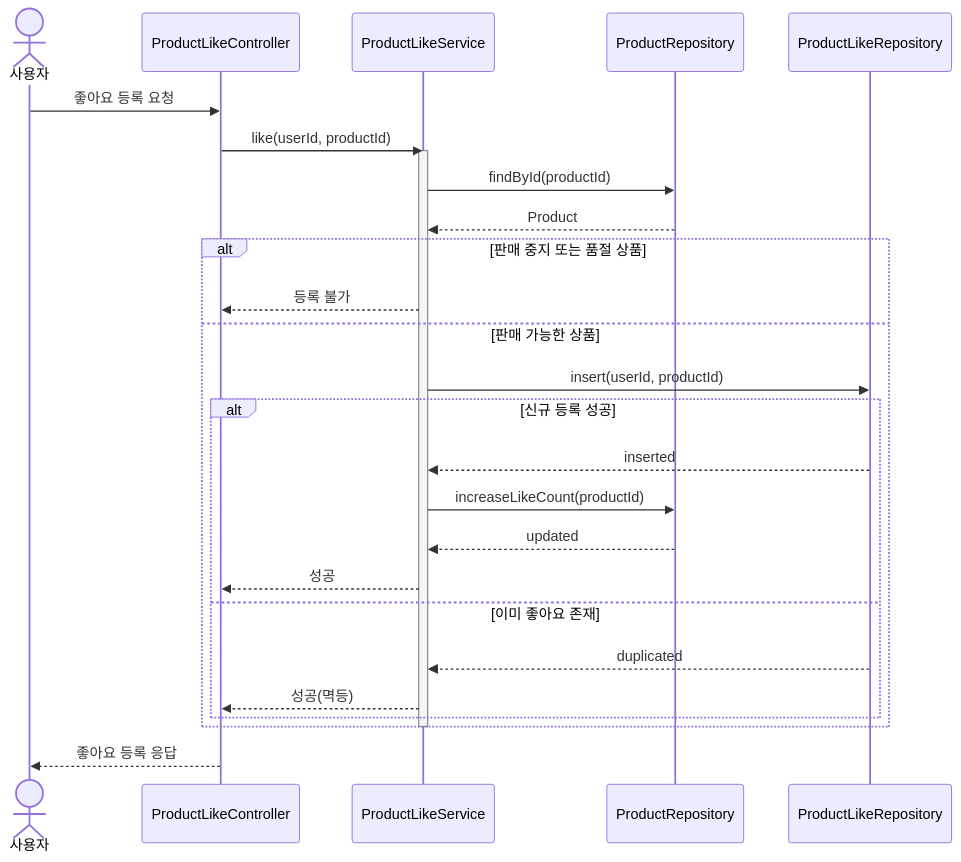
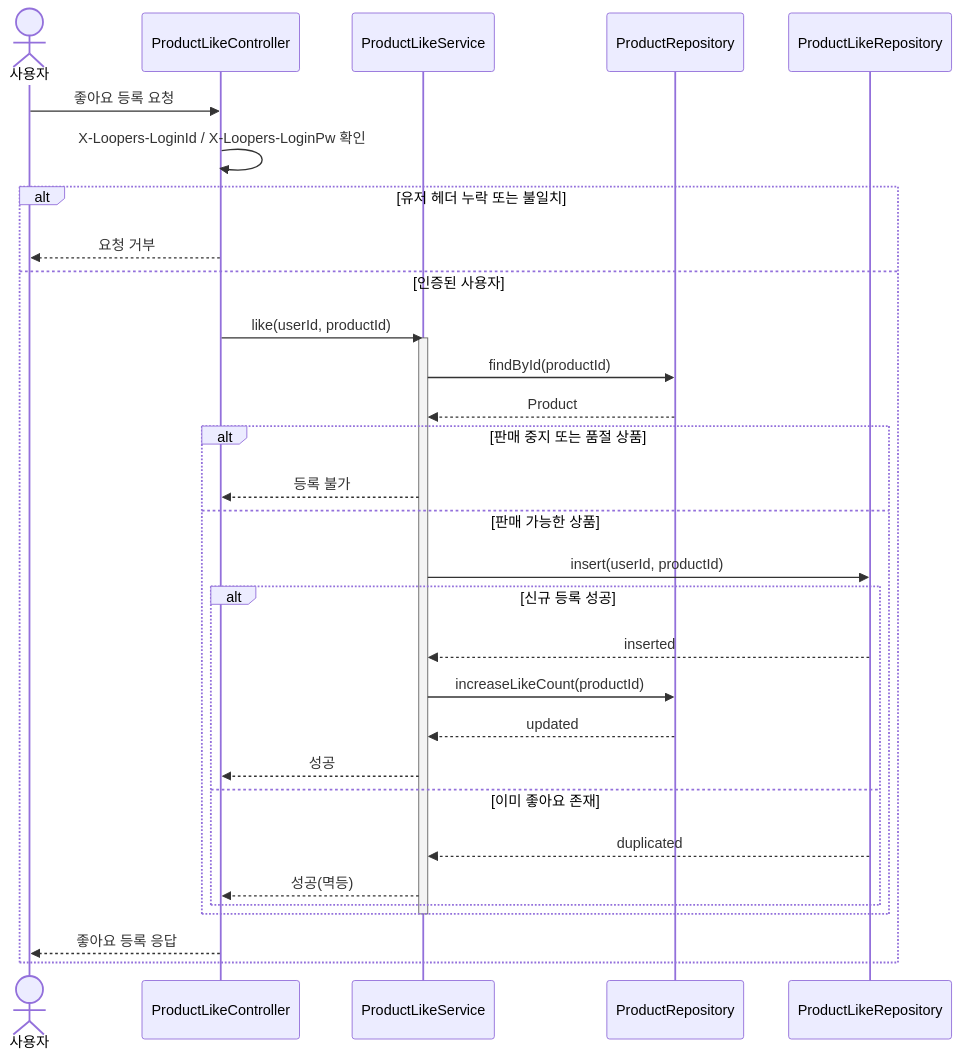
The third of 9 diagrams in .docs/design/02-sequence-diagrams.md (loopers-labs/loop-pack-be-l2-vol4-java), drawn with Mermaid before and after one commit. The commit also changed other lines of this file and 3 other files, not shown here.

````diff
--- a/.docs/design/02-sequence-diagrams.md
+++ b/.docs/design/02-sequence-diagrams.md
@@ -68,30 +107,35 @@
 ```mermaid
 sequenceDiagram
     actor User as 사용자
     participant Controller as ProductLikeController
     participant Service as ProductLikeService
     participant ProductRepo as ProductRepository
     participant LikeRepo as ProductLikeRepository
 
     User->>Controller: 좋아요 등록 요청
-    Controller->>Service: like(userId, productId)
-    activate Service
-    Service->>ProductRepo: findById(productId)
-    ProductRepo-->>Service: Product
-    alt 판매 중지 또는 품절 상품
-        Service-->>Controller: 등록 불가
-    else 판매 가능한 상품
-        Service->>LikeRepo: insert(userId, productId)
-        alt 신규 등록 성공
-            LikeRepo-->>Service: inserted
-            Service->>ProductRepo: increaseLikeCount(productId)
-            ProductRepo-->>Service: updated
-            Service-->>Controller: 성공
-        else 이미 좋아요 존재
-            LikeRepo-->>Service: duplicated
-            Service-->>Controller: 성공(멱등)
+    Controller->>Controller: X-Loopers-LoginId / X-Loopers-LoginPw 확인
+    alt 유저 헤더 누락 또는 불일치
+        Controller-->>User: 요청 거부
+    else 인증된 사용자
+        Controller->>Service: like(userId, productId)
+        activate Service
+        Service->>ProductRepo: findById(productId)
+        ProductRepo-->>Service: Product
+        alt 판매 중지 또는 품절 상품
+            Service-->>Controller: 등록 불가
+        else 판매 가능한 상품
+            Service->>LikeRepo: insert(userId, productId)
+            alt 신규 등록 성공
+                LikeRepo-->>Service: inserted
+                Service->>ProductRepo: increaseLikeCount(productId)
+                ProductRepo-->>Service: updated
+                Service-->>Controller: 성공
+            else 이미 좋아요 존재
+                LikeRepo-->>Service: duplicated
+                Service-->>Controller: 성공(멱등)
+            end
         end
+        deactivate Service
+        Controller-->>User: 좋아요 등록 응답
     end
-    deactivate Service
-    Controller-->>User: 좋아요 등록 응답
 ```
````
